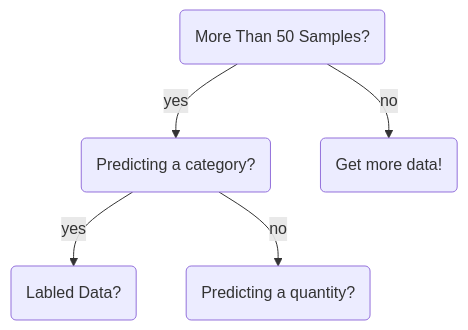
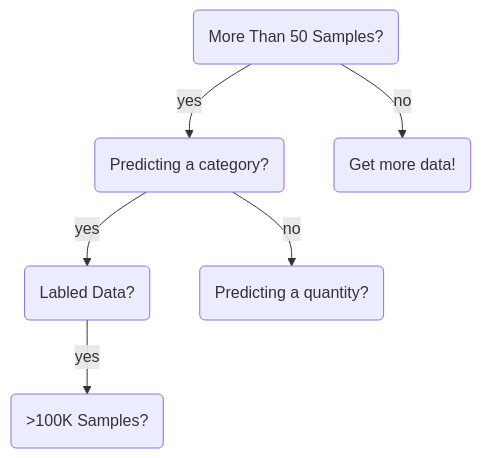
One commit to hwetsman/Public_Notes changed the diagram in ML_Cheatsheet.md. Above: the diagram before and after it, drawn with Mermaid. The commit also changed other lines of this file, not shown here.

````diff
--- a/ML_Cheatsheet.md
+++ b/ML_Cheatsheet.md
@@ -1,12 +1,14 @@
 ```mermaid
 flowchart TD
 id1(More Than 50 Samples?)
-id2(Predicting a category?)
-id3(Get more data!)
-id1-->|yes|id2
-id1-->|no|id3
-id4(Labled Data?)
-id2-->|yes|id4
-id5(Predicting a quantity?)
-id2-->|no|id5
+  id2(Predicting a category?)
+  id3(Get more data!)
+  id1-->|yes|id2
+  id1-->|no|id3
+  id4(Labled Data?)
+  id2-->|yes|id4
+  id5(Predicting a quantity?)
+  id2-->|no|id5
+  id6(>100K Samples?)
+  id4-->|yes|id6
 ```
````
